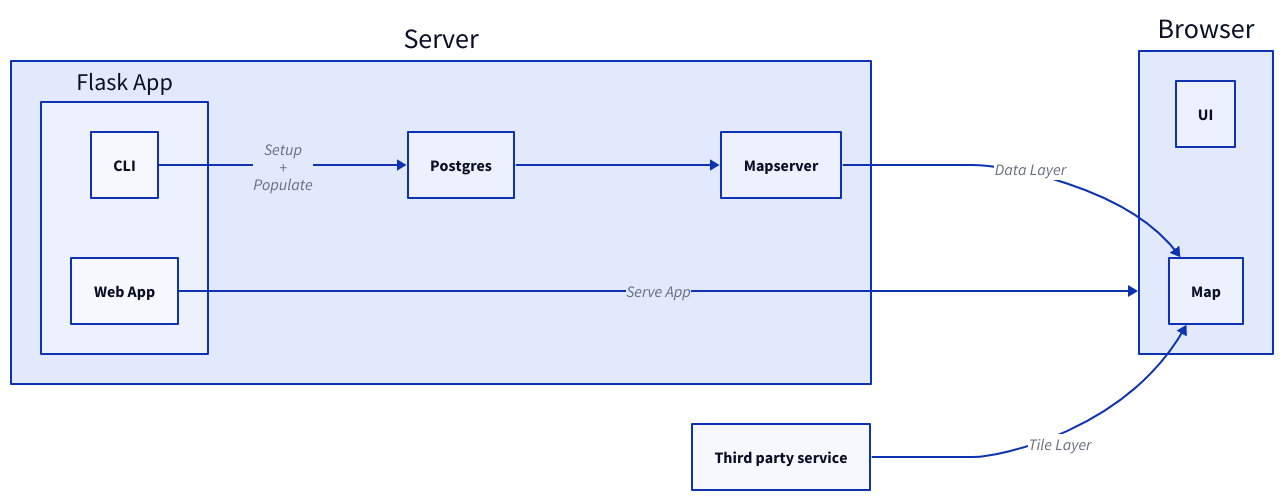
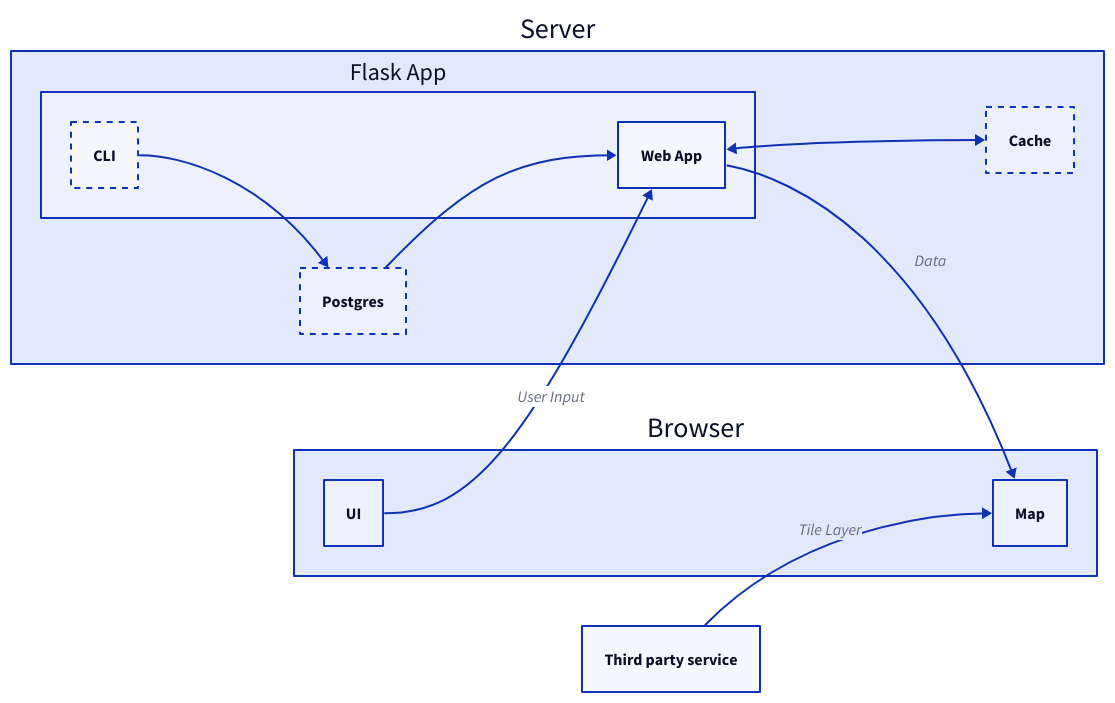
One commit to SCSDMWT/climate_scenario_web_tool changed the diagram in docs/architecture.d2. Above: the diagram before and after it, drawn with D2. The commit also changed 2 other files, not shown here.

```diff
--- a/docs/architecture.d2
+++ b/docs/architecture.d2
@@ -1,37 +1,48 @@
 # D2 source for the archetecture diagram.
 # Compile by running:
 #   d2 -s -l elk -t 105 architecture.d2
 # See installation intructions for d2 at
 #   https://d2lang.com/tour/install/
 
 direction: right
 
 Server: {
   Python: "Flask App" {
+    CLI {
+      style.stroke-dash: 3
+    }
     HTTP: "Web App"
-    CLI
   }
-  DB: "Postgres"
-  Mapserver
+  DB: "Postgres" {
+    style.stroke-dash: 3
+  }
+  Cache {
+    style.stroke-dash: 3
+  }
+  #Mapserver
 }
 
 Browser: {
   direction: down
   UI: "UI"
   Mapjs: "Map"
 }
 
 tiles: "Third party service"
 
-Server.Python.CLI -> Server.DB: "Setup\n+\nPopulate"
+Server.Python.CLI -> Server.DB #: "Setup\n+\nPopulate"
 #Server.Python.CLI -> Server.Mapserver: "Generate Mapfile"
 
 # Server.DB -> Server.Python.HTTP: "Parameters"
-Server.DB -> Server.Mapserver
+#Server.DB -> Server.Mapserver
+Server.Python.HTTP <-> Server.Cache
+Server.Python.HTTP <- Server.DB
 
-Server.Mapserver -> Browser.Mapjs: "Data Layer"
-Server.Python.HTTP -> Browser: "Serve App"
+#Server.Mapserver -> Browser.Mapjs: "Data Layer"
+#Server.Python.HTTP -> Browser: "Serve App"
+Server.Python.HTTP <- Browser.UI: "User Input"
+Server.Python.HTTP -> Browser.Mapjs: "Data"
 #Server.Python.HTTP <-> Browser.UI: "Calculations"
 
 # Browser.UI -> Browser.Mapjs
 tiles -> Browser.Mapjs: "Tile Layer"
```
